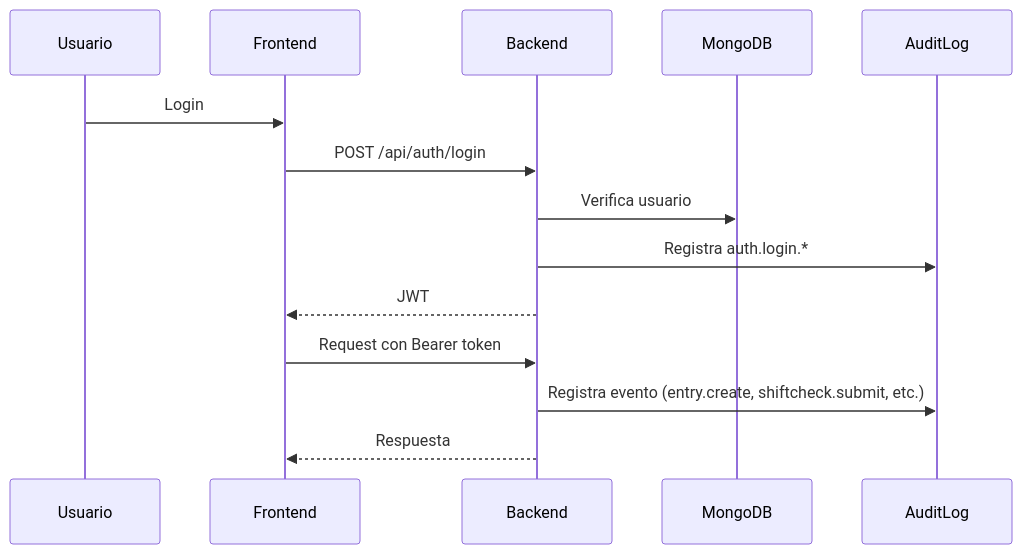
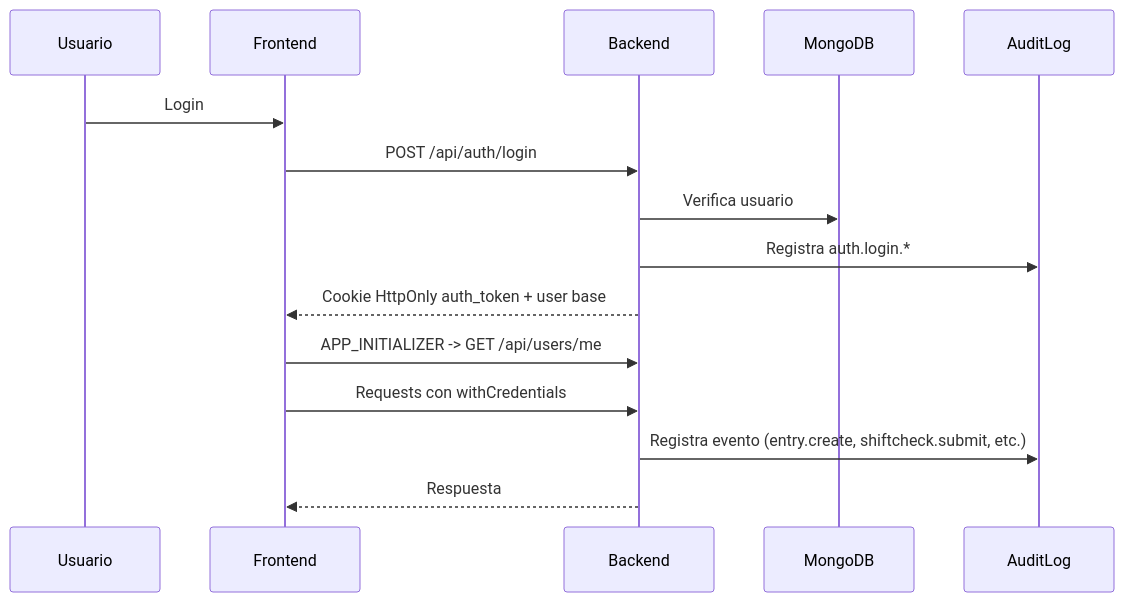
Before and after one commit to athomo001/BitacoraSOC: the third of 8 diagrams in docs/ARCHITECTURE.md, drawn with Mermaid. The commit also changed other lines of this file and 80 other files, not shown here.

````diff
--- a/docs/ARCHITECTURE.md
+++ b/docs/ARCHITECTURE.md
@@ -49,17 +52,18 @@
 ```mermaid
 sequenceDiagram
   participant User as Usuario
   participant FE as Frontend
   participant API as Backend
   participant DB as MongoDB
   participant AUD as AuditLog
 
   User->>FE: Login
   FE->>API: POST /api/auth/login
   API->>DB: Verifica usuario
   API->>AUD: Registra auth.login.*
-  API-->>FE: JWT
-  FE->>API: Request con Bearer token
+  API-->>FE: Cookie HttpOnly auth_token + user base
+  FE->>API: APP_INITIALIZER -> GET /api/users/me
+  FE->>API: Requests con withCredentials
   API->>AUD: Registra evento (entry.create, shiftcheck.submit, etc.)
   API-->>FE: Respuesta
 ```
````
